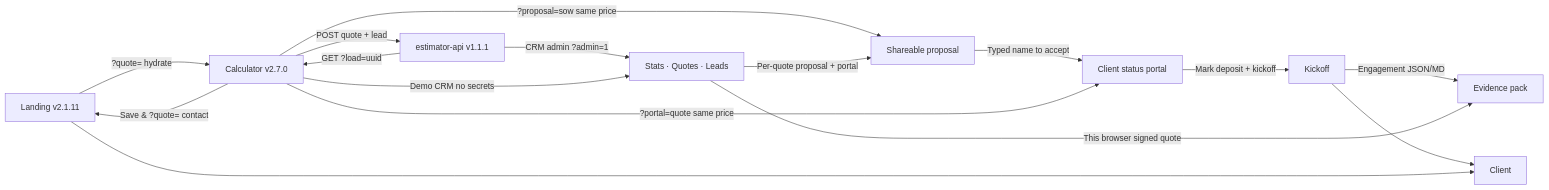
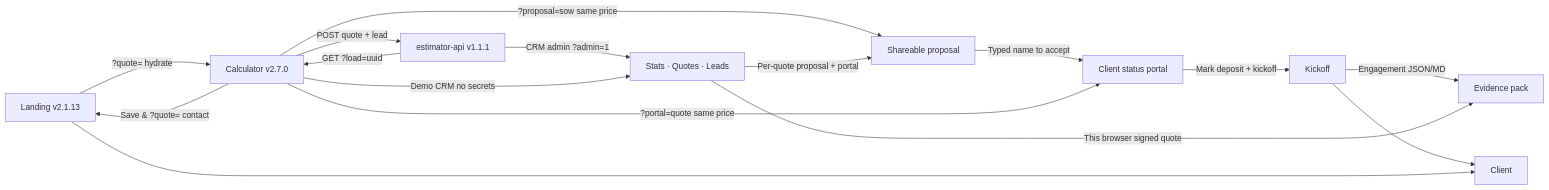
Before and after one commit to pixellayer7-jpg/pixellayer7-jpg: the diagram in README.md, drawn with Mermaid. The commit also changed other lines of this file and 1 other file, not shown here.

````diff
--- a/README.md
+++ b/README.md
@@ -18,18 +18,18 @@
 ```mermaid
 flowchart LR
-  A[Landing v2.1.11] -->|?quote= hydrate| B[Calculator v2.7.0]
+  A[Landing v2.1.13] -->|?quote= hydrate| B[Calculator v2.7.0]
   B -->|Save & ?quote= contact| A
   B -->|?proposal=sow same price| R[Shareable proposal]
   R -->|Typed name to accept| P[Client status portal]
   P -->|Mark deposit + kickoff| K[Kickoff]
   K -->|Engagement JSON/MD| X[Evidence pack]
   B -->|?portal=quote same price| P
   B -->|POST quote + lead| D[estimator-api v1.1.1]
   D -->|CRM admin ?admin=1| E[Stats · Quotes · Leads]
   B -->|Demo CRM no secrets| E
   E -->|This browser signed quote| X
   E -->|Per-quote proposal + portal| R
   K --> F[Client]
   D -->|GET ?load=uuid| B
   A --> F[Client]
 ```
````
